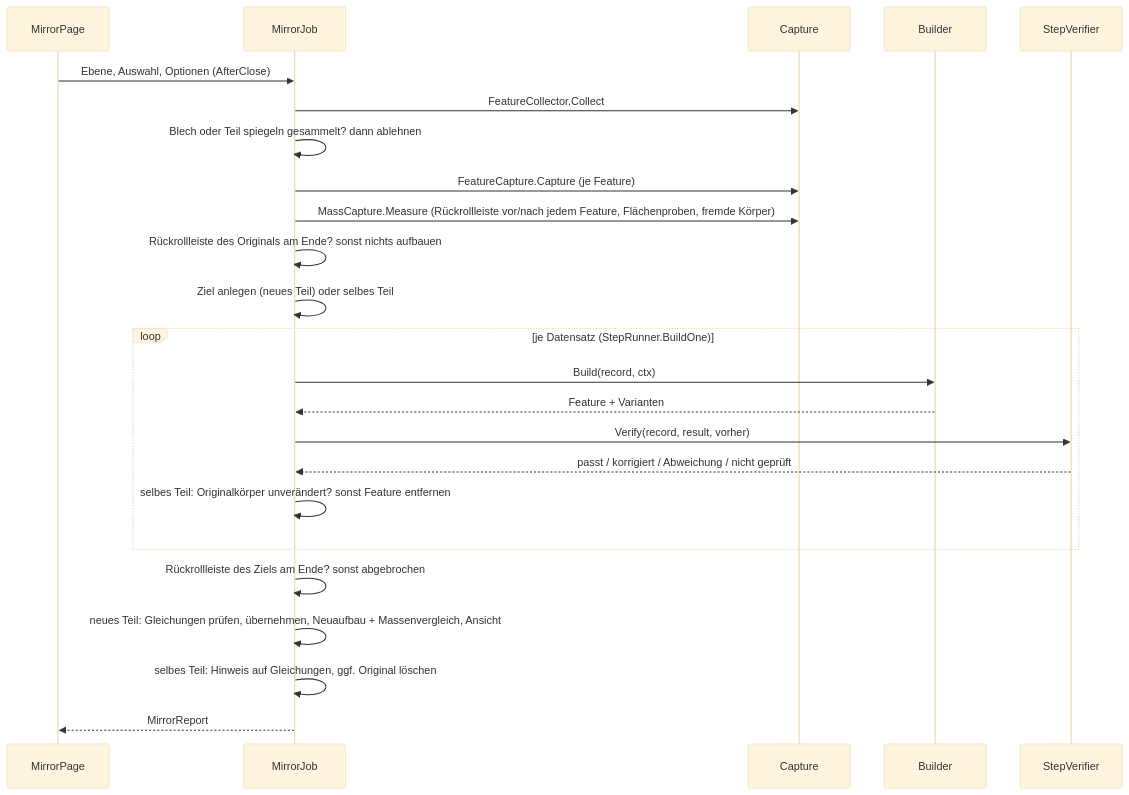
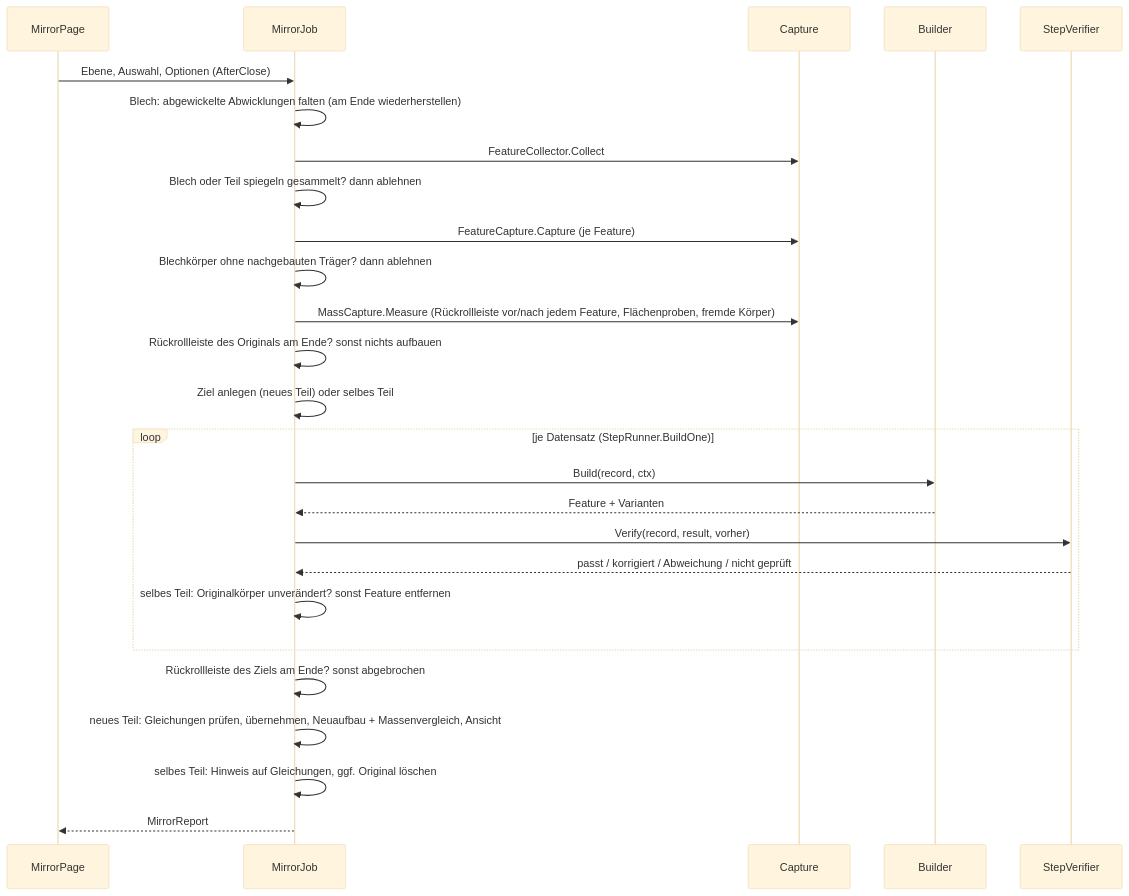
The second of 2 diagrams in spiegelwerk/docs/ARCHITEKTUR.md (VanillaIce1983/Claude), drawn with Mermaid (base theme) before and after one commit. The commit also changed other lines of this file and 33 other files, not shown here.

````diff
--- a/spiegelwerk/docs/ARCHITEKTUR.md
+++ b/spiegelwerk/docs/ARCHITEKTUR.md
@@ -100,26 +105,28 @@
 ```mermaid
 sequenceDiagram
     participant UI as MirrorPage
     participant Job as MirrorJob
     participant Cap as Capture
     participant B as Builder
     participant V as StepVerifier
     UI->>Job: Ebene, Auswahl, Optionen (AfterClose)
+    Job->>Job: Blech: abgewickelte Abwicklungen falten (am Ende wiederherstellen)
     Job->>Cap: FeatureCollector.Collect
     Job->>Job: Blech oder Teil spiegeln gesammelt? dann ablehnen
     Job->>Cap: FeatureCapture.Capture (je Feature)
+    Job->>Job: Blechkörper ohne nachgebauten Träger? dann ablehnen
     Job->>Cap: MassCapture.Measure (Rückrollleiste vor/nach jedem Feature, Flächenproben, fremde Körper)
     Job->>Job: Rückrollleiste des Originals am Ende? sonst nichts aufbauen
     Job->>Job: Ziel anlegen (neues Teil) oder selbes Teil
     loop je Datensatz (StepRunner.BuildOne)
         Job->>B: Build(record, ctx)
         B-->>Job: Feature + Varianten
         Job->>V: Verify(record, result, vorher)
         V-->>Job: passt / korrigiert / Abweichung / nicht geprüft
         Job->>Job: selbes Teil: Originalkörper unverändert? sonst Feature entfernen
     end
     Job->>Job: Rückrollleiste des Ziels am Ende? sonst abgebrochen
     Job->>Job: neues Teil: Gleichungen prüfen, übernehmen, Neuaufbau + Massenvergleich, Ansicht
     Job->>Job: selbes Teil: Hinweis auf Gleichungen, ggf. Original löschen
     Job-->>UI: MirrorReport
 ```
````
